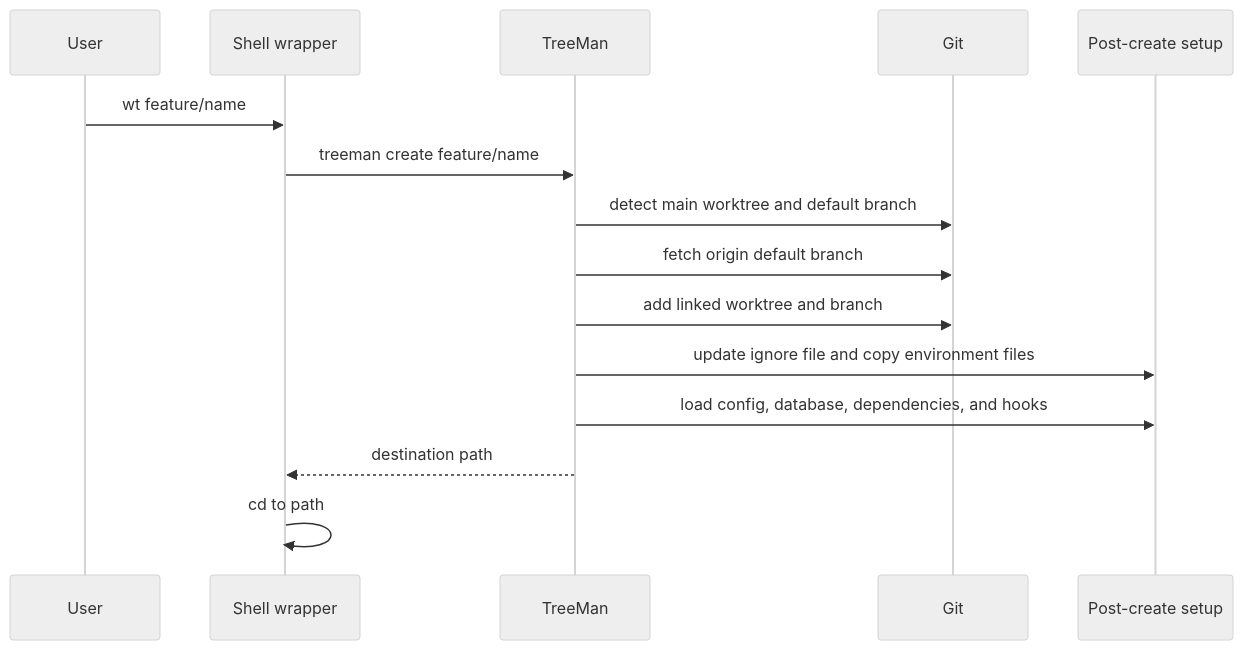
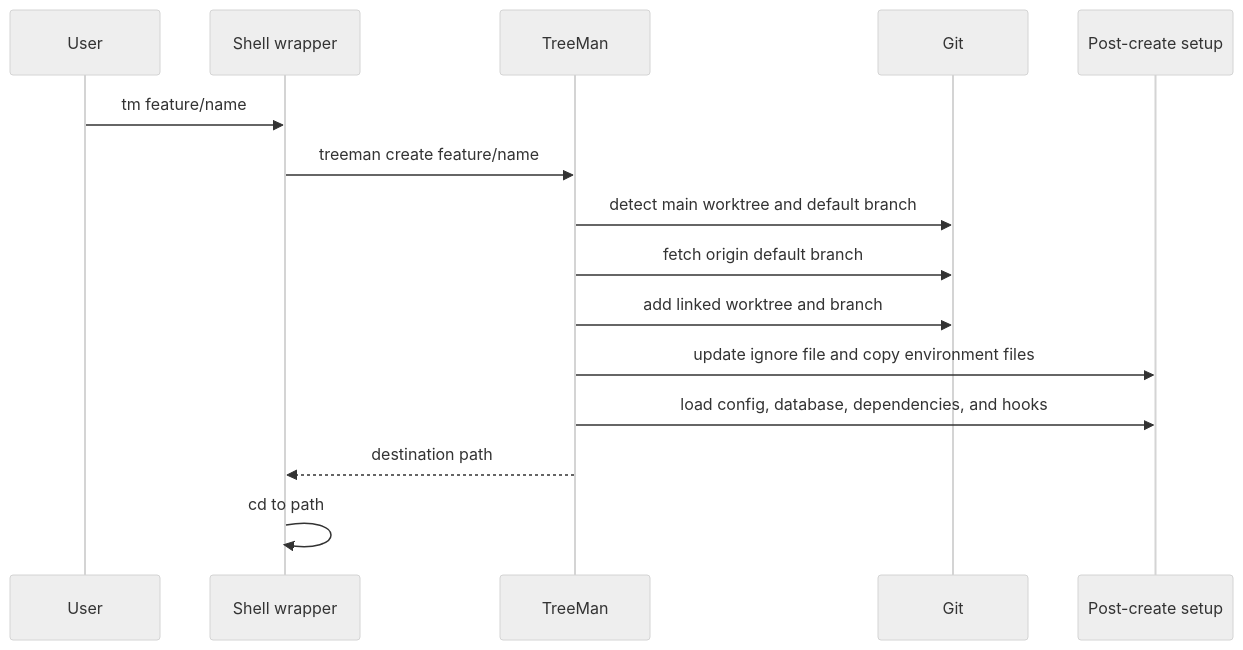
One commit to shoutcape/TreeMan changed the first of 4 diagrams in docs/architecture/lifecycles.md. Above: the diagram before and after it, drawn with Mermaid (neutral theme). The commit also changed 20 other files, not shown here.

````diff
--- a/docs/architecture/lifecycles.md
+++ b/docs/architecture/lifecycles.md
@@ -5,17 +5,17 @@
 ```mermaid
 sequenceDiagram
     participant User
     participant Shell as Shell wrapper
     participant CLI as TreeMan
     participant Git
     participant Setup as Post-create setup
-    User->>Shell: wt feature/name
+    User->>Shell: tm feature/name
     Shell->>CLI: treeman create feature/name
     CLI->>Git: detect main worktree and default branch
     CLI->>Git: fetch origin default branch
     CLI->>Git: add linked worktree and branch
     CLI->>Setup: update ignore file and copy environment files
     CLI->>Setup: load config, database, dependencies, and hooks
     CLI-->>Shell: destination path
     Shell->>Shell: cd to path
 ```
````
